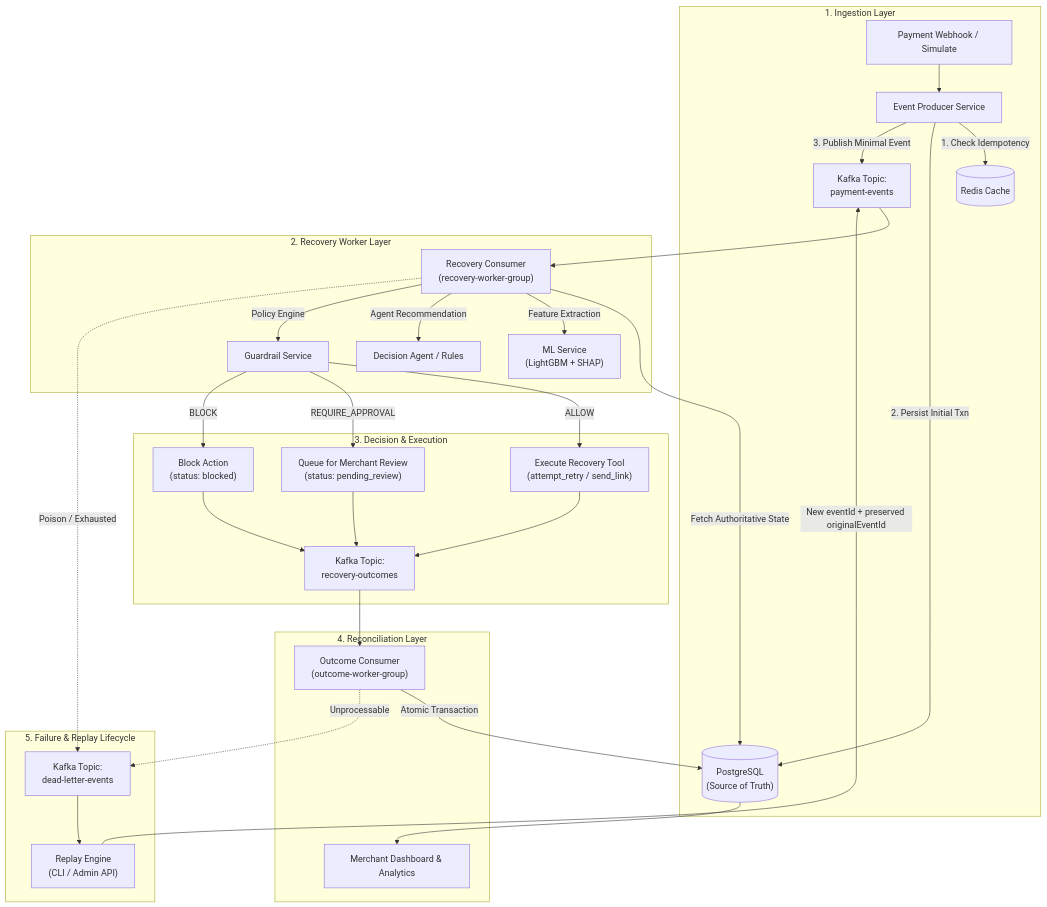
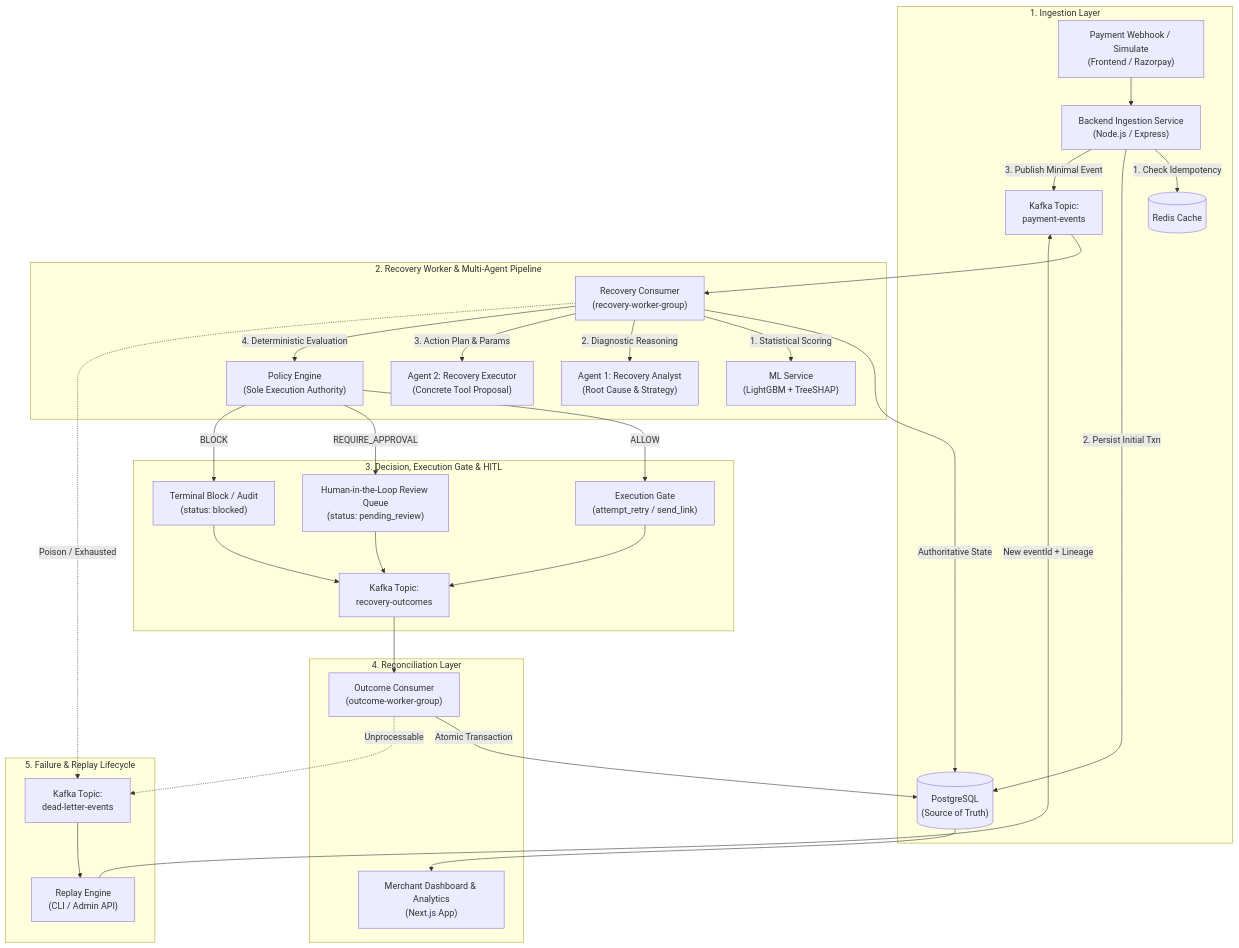
The first of 4 diagrams in README.md (sohamdas01/RecoverIQ), drawn with Mermaid before and after one commit. The commit also changed 3 other files, not shown here.

Commit message:
Updated architecture and Readme

````diff
--- a/README.md
+++ b/README.md
@@ -11,39 +11,40 @@
 ```mermaid
 flowchart TD
     subgraph Ingestion["1. Ingestion Layer"]
-        WH["Payment Webhook / Simulate"] --> EP["Event Producer Service"]
-        EP -->|1. Check Idempotency| REDIS[("Redis Cache")]
-        EP -->|2. Persist Initial Txn| DB[("PostgreSQL\n(Source of Truth)")]
-        EP -->|3. Publish Minimal Event| TOPIC_PAY["Kafka Topic:\npayment-events"]
+        WH["Payment Webhook / Simulate\n(Frontend / Razorpay)"] --> BACKEND["Backend Ingestion Service\n(Node.js / Express)"]
+        BACKEND -->|1. Check Idempotency| REDIS[("Redis Cache")]
+        BACKEND -->|2. Persist Initial Txn| DB[("PostgreSQL\n(Source of Truth)")]
+        BACKEND -->|3. Publish Minimal Event| TOPIC_PAY["Kafka Topic:\npayment-events"]
     end
 
-    subgraph Worker["2. Recovery Worker Layer"]
+    subgraph Pipeline["2. Recovery Worker & Multi-Agent Pipeline"]
         TOPIC_PAY --> RW["Recovery Consumer\n(recovery-worker-group)"]
-        RW -->|Fetch Authoritative State| DB
-        RW -->|Feature Extraction| ML["ML Service\n(LightGBM + SHAP)"]
-        RW -->|Agent Recommendation| AGENT["Decision Agent / Rules"]
-        RW -->|Policy Engine| GR["Guardrail Service"]
+        RW -->|Authoritative State| DB
+        RW -->|1. Statistical Scoring| ML["ML Service\n(LightGBM + TreeSHAP)"]
+        RW -->|2. Diagnostic Reasoning| A1["Agent 1: Recovery Analyst\n(Root Cause & Strategy)"]
+        RW -->|3. Action Plan & Params| A2["Agent 2: Recovery Executor\n(Concrete Tool Proposal)"]
+        RW -->|4. Deterministic Evaluation| PE["Policy Engine\n(Sole Execution Authority)"]
     end
 
-    subgraph Decision["3. Decision & Execution"]
-        GR -->|ALLOW| TOOL["Execute Recovery Tool\n(attempt_retry / send_link)"]
-        GR -->|REQUIRE_APPROVAL| REV["Queue for Merchant Review\n(status: pending_review)"]
-        GR -->|BLOCK| BLK["Block Action\n(status: blocked)"]
-        TOOL --> TOPIC_OUT["Kafka Topic:\nrecovery-outcomes"]
-        REV --> TOPIC_OUT
+    subgraph Decision["3. Decision, Execution Gate & HITL"]
+        PE -->|ALLOW| GATE["Execution Gate\n(attempt_retry / send_link)"]
+        PE -->|REQUIRE_APPROVAL| HITL["Human-in-the-Loop Review Queue\n(status: pending_review)"]
+        PE -->|BLOCK| BLK["Terminal Block / Audit\n(status: blocked)"]
+        GATE --> TOPIC_OUT["Kafka Topic:\nrecovery-outcomes"]
+        HITL --> TOPIC_OUT
         BLK --> TOPIC_OUT
     end
 
     subgraph Outcome["4. Reconciliation Layer"]
         TOPIC_OUT --> OW["Outcome Consumer\n(outcome-worker-group)"]
         OW -->|Atomic Transaction| DB
-        DB --> FE["Merchant Dashboard & Analytics"]
+        DB --> FE["Merchant Dashboard & Analytics\n(Next.js App)"]
     end
 
     subgraph DLQ_Flow["5. Failure & Replay Lifecycle"]
         RW -.->|Poison / Exhausted| TOPIC_DLQ["Kafka Topic:\ndead-letter-events"]
         OW -.->|Unprocessable| TOPIC_DLQ
         TOPIC_DLQ --> REPLAY["Replay Engine\n(CLI / Admin API)"]
-        REPLAY -->|New eventId + preserved originalEventId| TOPIC_PAY
+        REPLAY -->|New eventId + Lineage| TOPIC_PAY
     end
 ```
````
